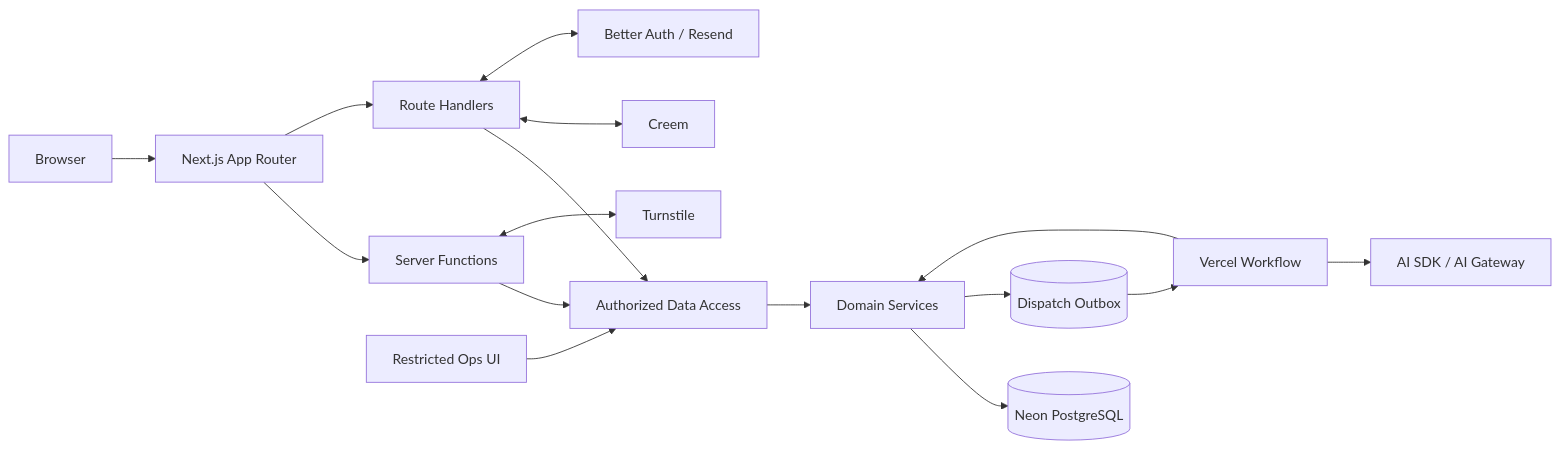
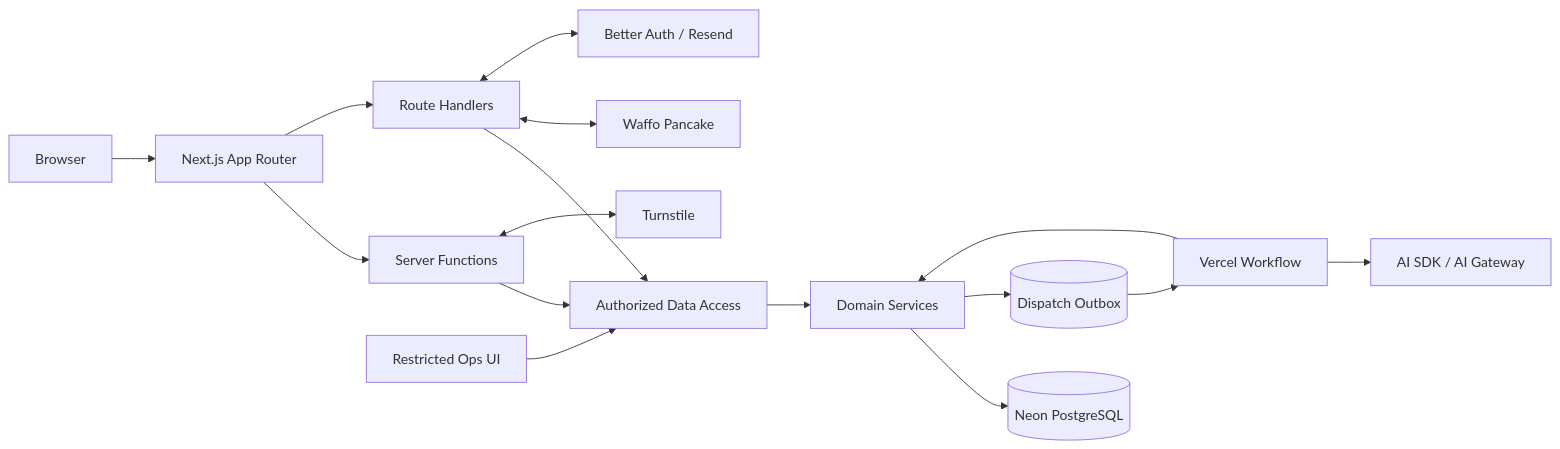
One commit to pyxm1618/quickiching changed the first of 3 diagrams in docs/技术设计文档.md. Above: the diagram before and after it, drawn with Mermaid. The commit also changed other lines of this file and 45 other files, not shown here.

````diff
--- a/docs/技术设计文档.md
+++ b/docs/技术设计文档.md
@@ -186,33 +186,33 @@
 ```mermaid
 flowchart LR
     Browser[Browser]
     App[Next.js App Router]
     SF[Server Functions]
     RH[Route Handlers]
     DAL[Authorized Data Access]
     Domain[Domain Services]
     PG[(Neon PostgreSQL)]
     Outbox[(Dispatch Outbox)]
     WF[Vercel Workflow]
     AI[AI SDK / AI Gateway]
-    Pay[Creem]
+    Pay[Waffo Pancake]
     Auth[Better Auth / Resend]
     Bot[Turnstile]
     Ops[Restricted Ops UI]
 
     Browser --> App
     App --> SF
     App --> RH
     SF --> DAL
     RH --> DAL
     DAL --> Domain
     Domain --> PG
     Domain --> Outbox
     Outbox --> WF
     WF --> AI
     WF --> Domain
     RH <--> Pay
     RH <--> Auth
     SF <--> Bot
     Ops --> DAL
 ```
````
